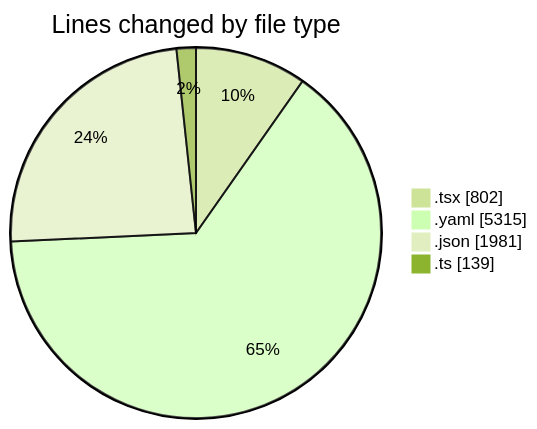
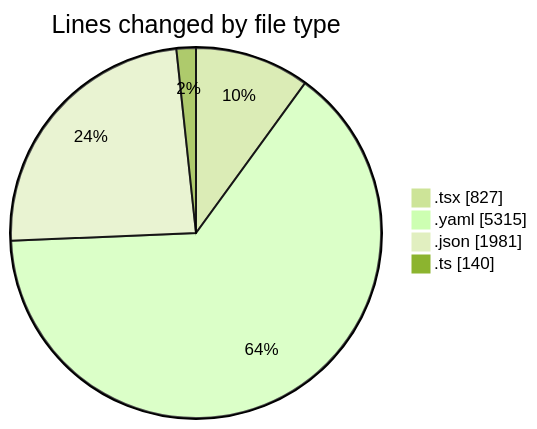
One commit to julien-gomy/code-tracking changed the first of 2 diagrams in 2025-11-07/eventscop-frontend-guide__workspace_/README.md. Above: the diagram before and after it, drawn with Mermaid (forest theme). The commit also changed other lines of this file and 1 other file, not shown here.

````diff
--- a/2025-11-07/eventscop-frontend-guide__workspace_/README.md
+++ b/2025-11-07/eventscop-frontend-guide__workspace_/README.md
@@ -32,8 +32,8 @@
 ```mermaid
 pie showData
 title Lines changed by file type
-".tsx" : 802
+".tsx" : 827
 ".yaml" : 5315
 ".json" : 1981
-".ts" : 139
+".ts" : 140
 ```
````
